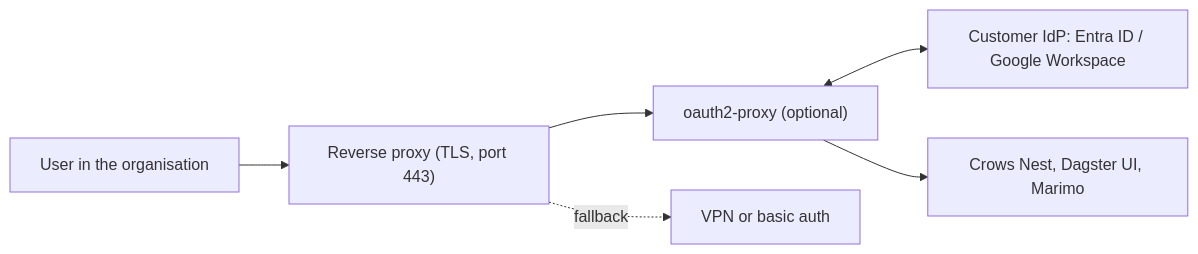
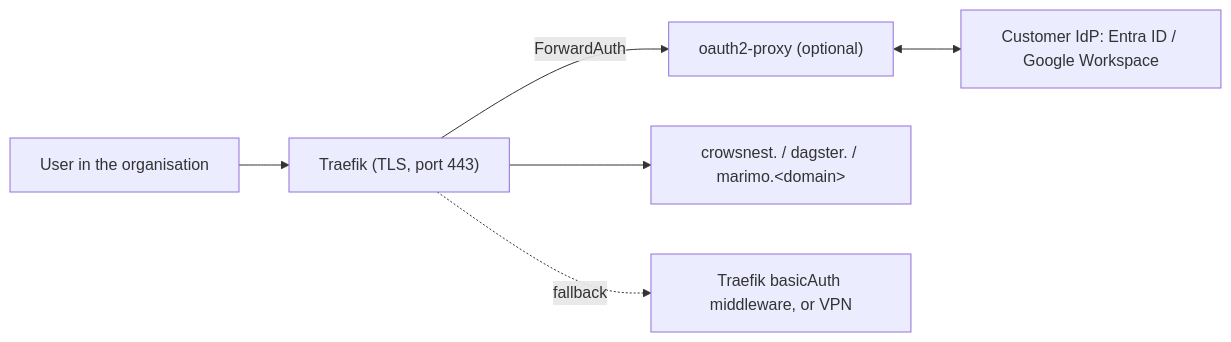
The fourth of 6 diagrams in docs/architecture.md (datavloot/datavloot-toolkit), drawn with Mermaid before and after one commit. The commit also changed other lines of this file, not shown here.

First line of the commit message:
Align architecture doc with the Valk and Traefik

````diff
--- a/docs/architecture.md
+++ b/docs/architecture.md
@@ -105,8 +109,8 @@
 ```mermaid
 flowchart LR
-    U["User in the organisation"] --> RP["Reverse proxy (TLS, port 443)"]
-    RP --> OP["oauth2-proxy (optional)"]
+    U["User in the organisation"] --> TR["Traefik (TLS, port 443)"]
+    TR -- "ForwardAuth" --> OP["oauth2-proxy (optional)"]
     OP <--> IDP["Customer IdP: Entra ID / Google Workspace"]
-    OP --> APPS["Crows Nest, Dagster UI, Marimo"]
-    RP -. "fallback" .-> BA["VPN or basic auth"]
+    TR --> APPS["crowsnest. / dagster. / marimo.#lt;domain#gt;"]
+    TR -. "fallback" .-> BA["Traefik basicAuth middleware, or VPN"]
 ```
````
